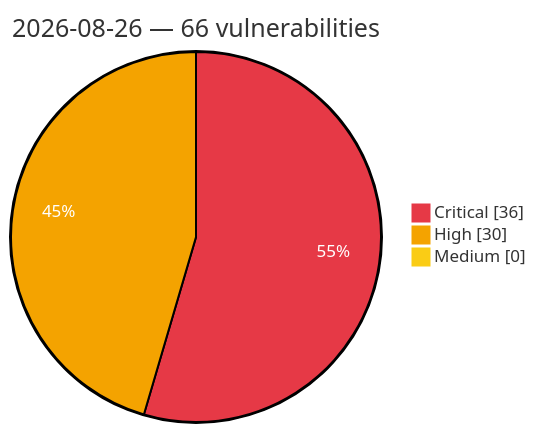
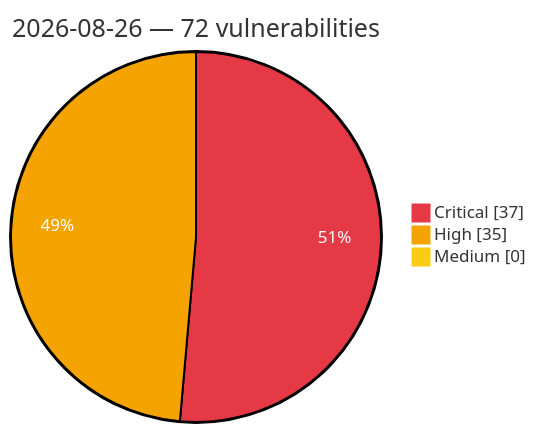
The diagram in vulnerabilities/2026/August/2026-08-26.md (GhostX0X/vuln-tracker), drawn with Mermaid before and after one commit. The commit also changed other lines of this file and 5 other files, not shown here.

Commit message:
Auto update: critical/high vulns (2026-08-26 18:59 UTC)

````diff
--- a/vulnerabilities/2026/August/2026-08-26.md
+++ b/vulnerabilities/2026/August/2026-08-26.md
@@ -3,8 +3,8 @@
 ```mermaid
 %%{init: {'theme':'base', 'themeVariables': {'pie1':'#e63946', 'pie2':'#f4a300', 'pie3':'#facc15', 'pieOpacity':'1', 'pieOuterStrokeWidth':'2px', 'pieSectionTextColor':'#ffffff'}}}%%
 pie showData
-    title 2026-08-26 — 66 vulnerabilities
-    "Critical" : 36
-    "High" : 30
+    title 2026-08-26 — 72 vulnerabilities
+    "Critical" : 37
+    "High" : 35
     "Medium" : 0
 ```
````
